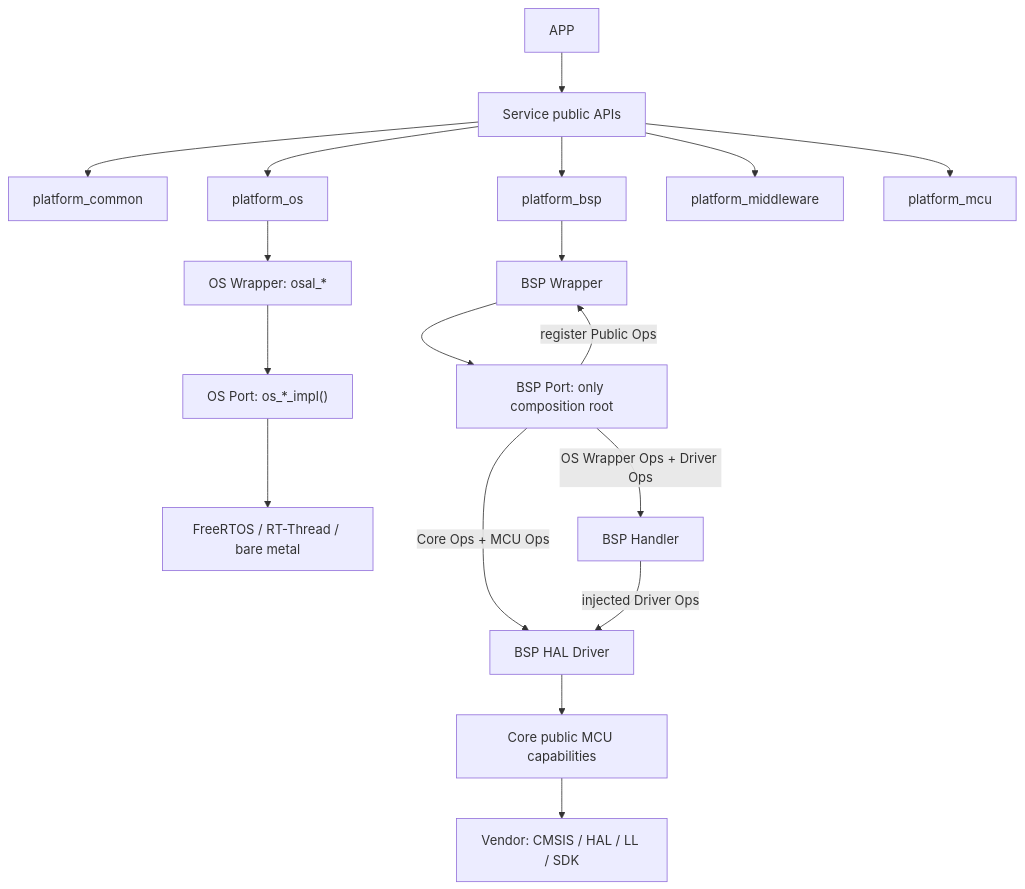
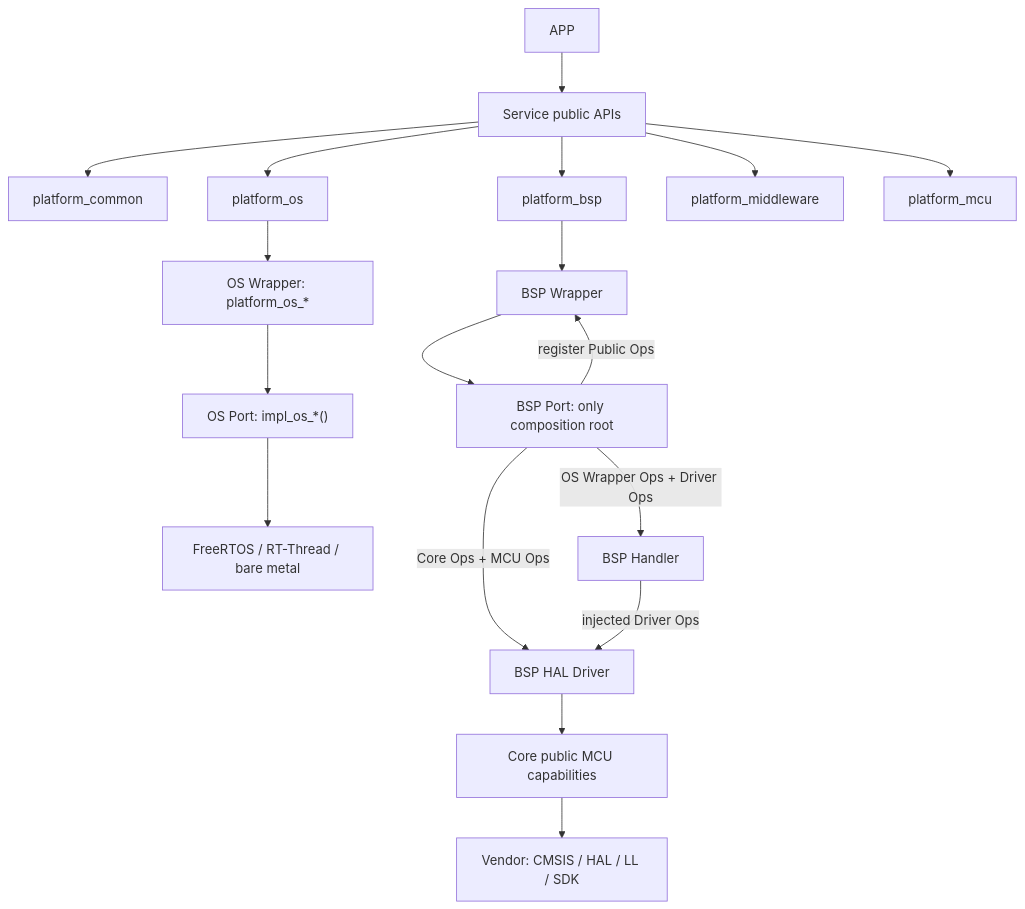
The diagram in skills/workflow/workflow-review-gate/references/software-architecture-knowledge-graph.md (shuai-yemao/mcu-workbench), drawn with Mermaid before and after one commit. The commit also changed other lines of this file and 21 other files, not shown here.

First line of the commit message:
refactor(platform-os): 统一 Platform 与 Impl OS 命名

````diff
--- a/skills/workflow/workflow-review-gate/references/software-architecture-knowledge-graph.md
+++ b/skills/workflow/workflow-review-gate/references/software-architecture-knowledge-graph.md
@@ -7,20 +7,20 @@
 ```mermaid
 flowchart TD
     APP["APP"] --> SERVICE["Service public APIs"]
     SERVICE --> PC["platform_common"]
     SERVICE --> PO["platform_os"]
     SERVICE --> PB["platform_bsp"]
     SERVICE --> PM["platform_middleware"]
     SERVICE --> MCU["platform_mcu"]
-    PO --> OW["OS Wrapper: osal_*"]
+    PO --> OW["OS Wrapper: platform_os_*"]
     PB --> BW["BSP Wrapper"]
-    OW --> OP["OS Port: os_*_impl()"]
+    OW --> OP["OS Port: impl_os_*()"]
     OP --> RT["FreeRTOS / RT-Thread / bare metal"]
     BW --> BP["BSP Port: only composition root"]
     BP -->|"Core Ops + MCU Ops"| BD["BSP HAL Driver"]
     BP -->|"OS Wrapper Ops + Driver Ops"| BH["BSP Handler"]
     BP -->|"register Public Ops"| BW
     BH -->|"injected Driver Ops"| BD
     BD --> CORE["Core public MCU capabilities"]
     CORE --> VENDOR["Vendor: CMSIS / HAL / LL / SDK"]
 ```
````
